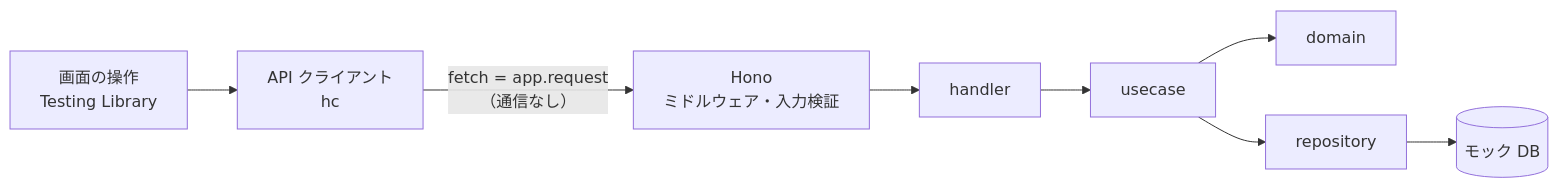
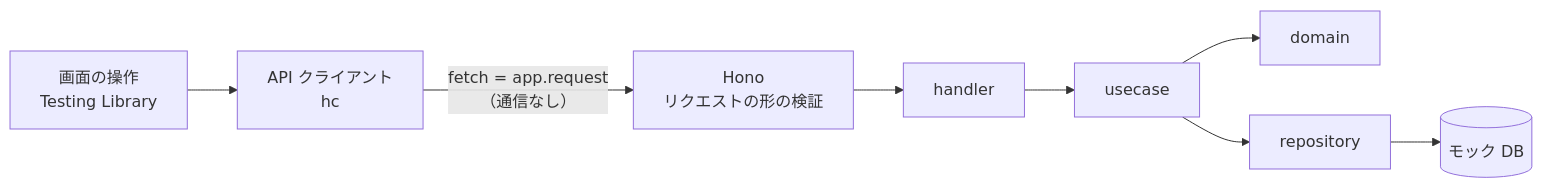
The diagram in docs/requirements.md (Soiya-kun/web-app-framework), drawn with Mermaid before and after one commit. The commit also changed other lines of this file and 92 other files, not shown here.

````diff
--- a/docs/requirements.md
+++ b/docs/requirements.md
@@ -83,10 +214,10 @@
 ```mermaid
 flowchart LR
   A[画面の操作<br>Testing Library] --> B[API クライアント<br>hc]
-  B -- "fetch = app.request<br>（通信なし）" --> C[Hono<br>ミドルウェア・入力検証]
+  B -- "fetch = app.request<br>（通信なし）" --> C[Hono<br>リクエストの形の検証]
   C --> D[handler]
   D --> E[usecase]
   E --> F[domain]
   E --> G[repository]
   G --> H[(モック DB)]
 ```
````
